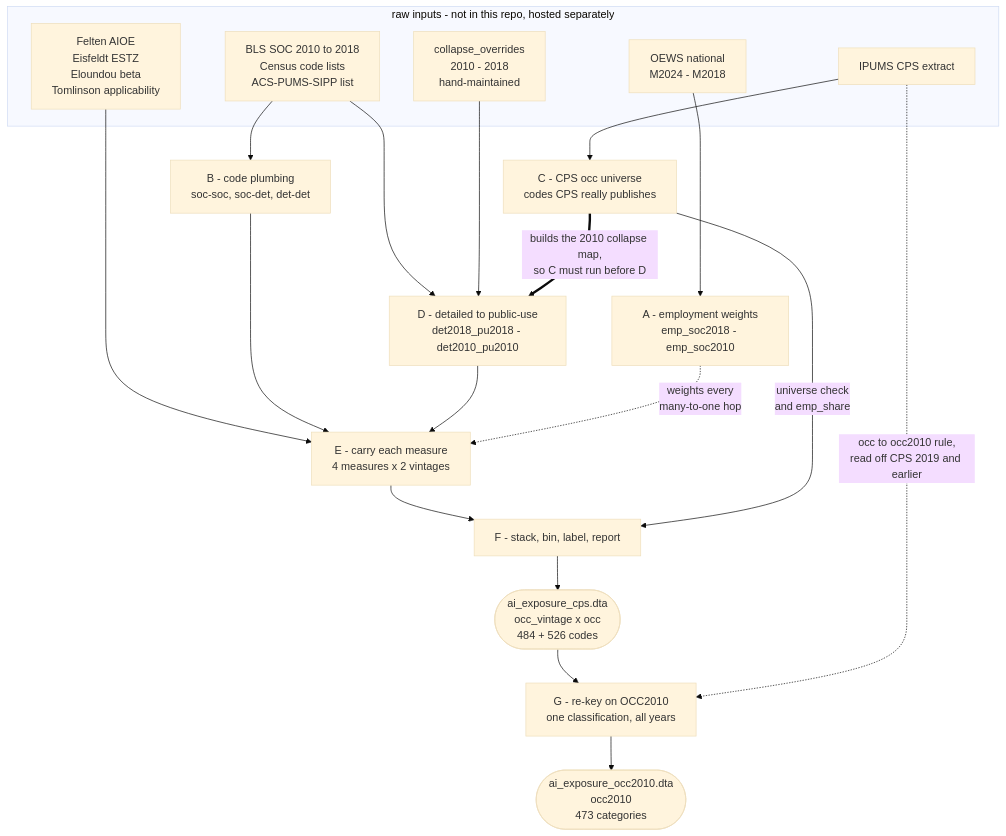
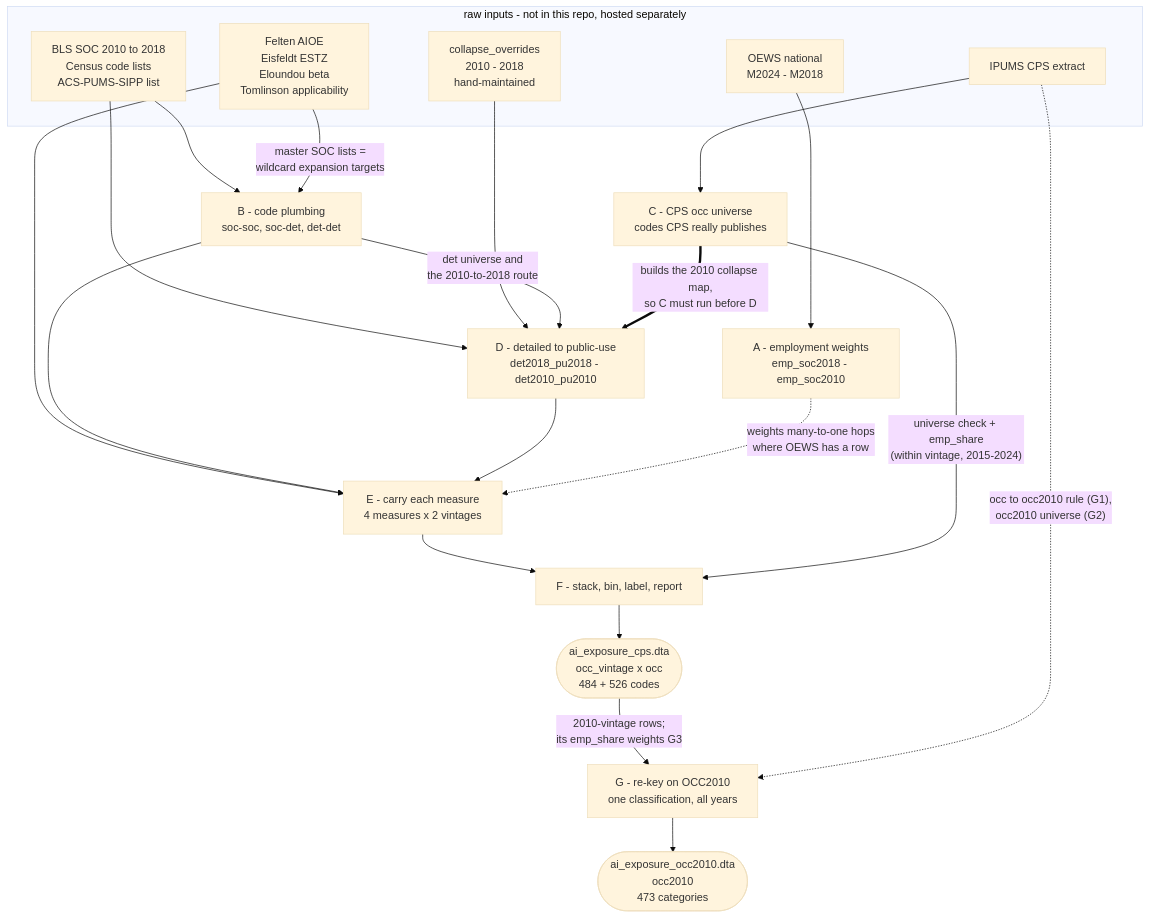
The diagram in README.md (EIG-Research/ai-cps-exposure), drawn with Mermaid (base theme) before and after one commit. The commit also changed other lines of this file and 5 other files, not shown here.

````diff
--- a/README.md
+++ b/README.md
@@ -88,39 +93,41 @@
 ```mermaid
 flowchart TB
   subgraph inputs["raw inputs - not in this repo, hosted separately"]
     OEWS["OEWS national<br/>M2024 - M2018"]
     XW["BLS SOC 2010 to 2018<br/>Census code lists<br/>ACS-PUMS-SIPP list"]
     OVR["collapse_overrides<br/>2010 - 2018<br/>hand-maintained"]
     CPSX["IPUMS CPS extract"]
     MEAS["Felten AIOE<br/>Eisfeldt ESTZ<br/>Eloundou beta<br/>Tomlinson applicability"]
   end
 
   A["A - employment weights<br/>emp_soc2018 - emp_soc2010"]
   B["B - code plumbing<br/>soc-soc, soc-det, det-det"]
   C["C - CPS occ universe<br/>codes CPS really publishes"]
   D["D - detailed to public-use<br/>det2018_pu2018 - det2010_pu2010"]
   E["E - carry each measure<br/>4 measures x 2 vintages"]
   F["F - stack, bin, label, report"]
   G["G - re-key on OCC2010<br/>one classification, all years"]
 
   OUT1(["ai_exposure_cps.dta<br/>occ_vintage x occ<br/>484 + 526 codes"])
   OUT2(["ai_exposure_occ2010.dta<br/>occ2010<br/>473 categories"])
 
   OEWS --> A
   XW --> B
   XW --> D
   OVR --> D
   CPSX --> C
   MEAS --> E
+  MEAS -->|"master SOC lists =<br/>wildcard expansion targets"| B
 
+  B -->|"det universe and<br/>the 2010-to-2018 route"| D
   C ==>|"builds the 2010 collapse map,<br/>so C must run before D"| D
   B --> E
   D --> E
-  A -.->|"weights every<br/>many-to-one hop"| E
+  A -.->|"weights many-to-one hops<br/>where OEWS has a row"| E
   E --> F
-  C -->|"universe check<br/>and emp_share"| F
+  C -->|"universe check + emp_share<br/>(within vintage, 2015-2024)"| F
   F --> OUT1
-  OUT1 --> G
-  CPSX -.->|"occ to occ2010 rule,<br/>read off CPS 2019 and earlier"| G
+  OUT1 -->|"2010-vintage rows;<br/>its emp_share weights G3"| G
+  CPSX -.->|"occ to occ2010 rule (G1),<br/>occ2010 universe (G2)"| G
   G --> OUT2
 ```
````
